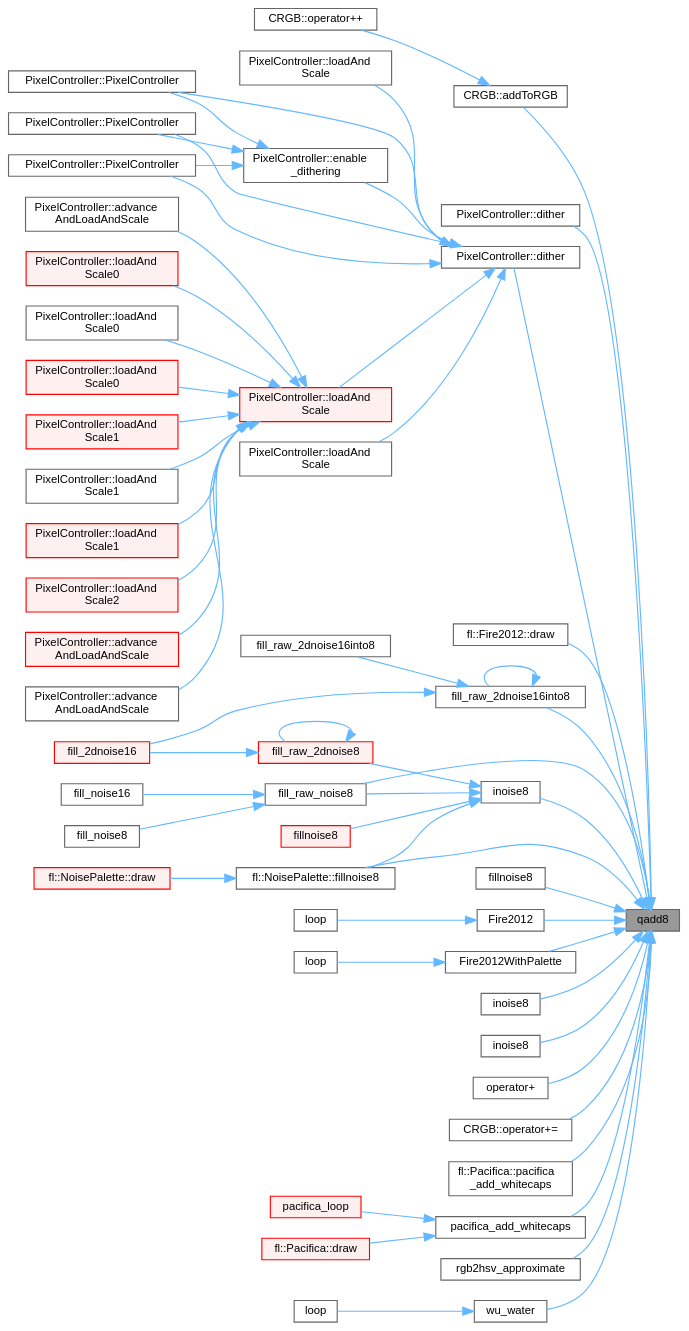
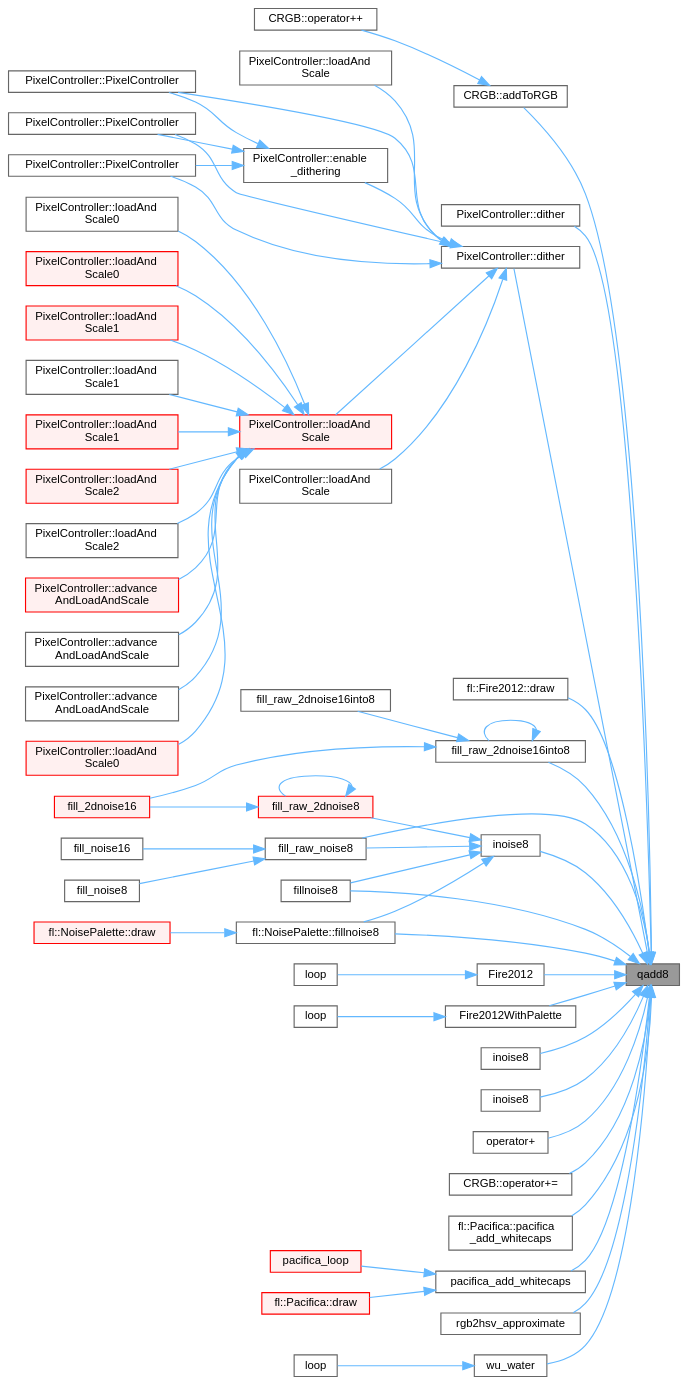
Before and after one commit to manmuqingshan/FastLED: the diagram in docs/d5/d98/group___math_ga07133b3085824d0fcd4f5086d286c4b5_icgraph.dot, drawn with Graphviz. The commit also changed 1439 other files, not shown here.

```diff
--- a/docs/d5/d98/group___math_ga07133b3085824d0fcd4f5086d286c4b5_icgraph.dot
+++ b/docs/d5/d98/group___math_ga07133b3085824d0fcd4f5086d286c4b5_icgraph.dot
@@ -47,69 +47,70 @@
   Node37 [id="Node000037",label="PixelController::loadAnd\lScale1",height=0.2,width=0.4,color="red", fillcolor="#FFF0F0", style="filled",URL="$d0/dee/struct_pixel_controller.html#a11f9b50f738c6d57d08d6776b3d8eb43",tooltip="non-template alias of loadAndScale<1>()"];
   Node10 -> Node38 [id="edge22_Node000010_Node000038",dir="back",color="steelblue1",style="solid",tooltip=" "];
   Node38 [id="Node000038",label="PixelController::loadAnd\lScale2",height=0.2,width=0.4,color="red", fillcolor="#FFF0F0", style="filled",URL="$d0/dee/struct_pixel_controller.html#af5a5f12205a4187aa4df499b8224ed35",tooltip="non-template alias of loadAndScale<2>()"];
-  Node5 -> Node41 [id="edge23_Node000005_Node000041",dir="back",color="steelblue1",style="solid",tooltip=" "];
+  Node10 -> Node39 [id="edge23_Node000010_Node000039",dir="back",color="steelblue1",style="solid",tooltip=" "];
+  Node39 [id="Node000039",label="PixelController::loadAnd\lScale2",height=0.2,width=0.4,color="grey40", fillcolor="white", style="filled",URL="$d0/dee/struct_pixel_controller.html#a4688b73eef22022b80df81e4f6c22b49",tooltip="non-template alias of loadAndScale<2>()"];
+  Node5 -> Node41 [id="edge24_Node000005_Node000041",dir="back",color="steelblue1",style="solid",tooltip=" "];
   Node41 [id="Node000041",label="PixelController::loadAnd\lScale",height=0.2,width=0.4,color="grey40", fillcolor="white", style="filled",URL="$d0/dee/struct_pixel_controller.html#a73553caa10abdb91e454a27456fc14e5",tooltip="Loads, dithers, and scales a single byte for a given output slot and lane, using class dither and sca..."];
-  Node5 -> Node42 [id="edge24_Node000005_Node000042",dir="back",color="steelblue1",style="solid",tooltip=" "];
+  Node5 -> Node42 [id="edge25_Node000005_Node000042",dir="back",color="steelblue1",style="solid",tooltip=" "];
   Node42 [id="Node000042",label="PixelController::loadAnd\lScale",height=0.2,width=0.4,color="grey40", fillcolor="white", style="filled",URL="$d0/dee/struct_pixel_controller.html#a7f2b0c051d473813018715f1621ea259",tooltip="Loads, dithers, and scales a single byte for a given output slot and lane."];
-  Node1 -> Node43 [id="edge25_Node000001_Node000043",dir="back",color="steelblue1",style="solid",tooltip=" "];
+  Node1 -> Node43 [id="edge26_Node000001_Node000043",dir="back",color="steelblue1",style="solid",tooltip=" "];
   Node43 [id="Node000043",label="fl::Fire2012::draw",height=0.2,width=0.4,color="grey40", fillcolor="white", style="filled",URL="$d5/d9b/classfl_1_1_fire2012.html#a39d20a6dc4f3a771b8b12696db9c4a15",tooltip=" "];
-  Node1 -> Node44 [id="edge26_Node000001_Node000044",dir="back",color="steelblue1",style="solid",tooltip=" "];
+  Node1 -> Node44 [id="edge27_Node000001_Node000044",dir="back",color="steelblue1",style="solid",tooltip=" "];
   Node44 [id="Node000044",label="fill_raw_2dnoise16into8",height=0.2,width=0.4,color="grey40", fillcolor="white", style="filled",URL="$de/da4/group___noise_fill.html#ga20a2ff725bc56666c206d54deb372586",tooltip="Fill a 2D 8-bit buffer with noise, using inoise16()"];
-  Node44 -> Node45 [id="edge27_Node000044_Node000045",dir="back",color="steelblue1",style="solid",tooltip=" "];
+  Node44 -> Node45 [id="edge28_Node000044_Node000045",dir="back",color="steelblue1",style="solid",tooltip=" "];
   Node45 [id="Node000045",label="fill_2dnoise16",height=0.2,width=0.4,color="red", fillcolor="#FFF0F0", style="filled",URL="$de/da4/group___noise_fill.html#ga714a0f305e385a60d81a40d1f98b53fc",tooltip="Fill an LED matrix with random colors, using 16-bit noise."];
-  Node44 -> Node44 [id="edge28_Node000044_Node000044",dir="back",color="steelblue1",style="solid",tooltip=" "];
-  Node44 -> Node47 [id="edge29_Node000044_Node000047",dir="back",color="steelblue1",style="solid",tooltip=" "];
+  Node44 -> Node44 [id="edge29_Node000044_Node000044",dir="back",color="steelblue1",style="solid",tooltip=" "];
+  Node44 -> Node47 [id="edge30_Node000044_Node000047",dir="back",color="steelblue1",style="solid",tooltip=" "];
   Node47 [id="Node000047",label="fill_raw_2dnoise16into8",height=0.2,width=0.4,color="grey40", fillcolor="white", style="filled",URL="$d6/de8/noise_8cpp.html#a46bde35765a7eddbd1049fe49429e94e",tooltip=" "];
-  Node1 -> Node48 [id="edge30_Node000001_Node000048",dir="back",color="steelblue1",style="solid",tooltip=" "];
+  Node1 -> Node48 [id="edge31_Node000001_Node000048",dir="back",color="steelblue1",style="solid",tooltip=" "];
   Node48 [id="Node000048",label="fill_raw_noise8",height=0.2,width=0.4,color="grey40", fillcolor="white", style="filled",URL="$de/da4/group___noise_fill.html#ga1e4dba9289b03333697e70d4b7f3b006",tooltip="Fill a 1D 8-bit buffer with noise, using inoise8()"];
-  Node48 -> Node49 [id="edge31_Node000048_Node000049",dir="back",color="steelblue1",style="solid",tooltip=" "];
+  Node48 -> Node49 [id="edge32_Node000048_Node000049",dir="back",color="steelblue1",style="solid",tooltip=" "];
   Node49 [id="Node000049",label="fill_noise16",height=0.2,width=0.4,color="grey40", fillcolor="white", style="filled",URL="$de/da4/group___noise_fill.html#ga8bf5ab0f87a6bb79204754ef2a62f960",tooltip="Fill an LED array with random colors, using 16-bit noise."];
-  Node48 -> Node50 [id="edge32_Node000048_Node000050",dir="back",color="steelblue1",style="solid",tooltip=" "];
+  Node48 -> Node50 [id="edge33_Node000048_Node000050",dir="back",color="steelblue1",style="solid",tooltip=" "];
   Node50 [id="Node000050",label="fill_noise8",height=0.2,width=0.4,color="grey40", fillcolor="white", style="filled",URL="$de/da4/group___noise_fill.html#ga7967fd7b1a7230a0f7428347c70dac3e",tooltip="Fill an LED array with random colors, using 8-bit noise."];
-  Node1 -> Node51 [id="edge33_Node000001_Node000051",dir="back",color="steelblue1",style="solid",tooltip=" "];
+  Node1 -> Node51 [id="edge34_Node000001_Node000051",dir="back",color="steelblue1",style="solid",tooltip=" "];
   Node51 [id="Node000051",label="fillnoise8",height=0.2,width=0.4,color="grey40", fillcolor="white", style="filled",URL="$da/dda/_noise_plus_palette_8ino.html#a695b396822bbfb2d9b29c121cf13e8f3",tooltip=" "];
-  Node1 -> Node52 [id="edge34_Node000001_Node000052",dir="back",color="steelblue1",style="solid",tooltip=" "];
+  Node1 -> Node52 [id="edge35_Node000001_Node000052",dir="back",color="steelblue1",style="solid",tooltip=" "];
   Node52 [id="Node000052",label="fl::NoisePalette::fillnoise8",height=0.2,width=0.4,color="grey40", fillcolor="white", style="filled",URL="$d9/d41/classfl_1_1_noise_palette.html#a22d1820b5a78e9ccfb4123ef9161f738",tooltip=" "];
-  Node52 -> Node53 [id="edge35_Node000052_Node000053",dir="back",color="steelblue1",style="solid",tooltip=" "];
+  Node52 -> Node53 [id="edge36_Node000052_Node000053",dir="back",color="steelblue1",style="solid",tooltip=" "];
   Node53 [id="Node000053",label="fl::NoisePalette::draw",height=0.2,width=0.4,color="red", fillcolor="#FFF0F0", style="filled",URL="$d9/d41/classfl_1_1_noise_palette.html#afc6cd594830dfdd146c45e7ab1d1905d",tooltip=" "];
-  Node1 -> Node55 [id="edge36_Node000001_Node000055",dir="back",color="steelblue1",style="solid",tooltip=" "];
+  Node1 -> Node55 [id="edge37_Node000001_Node000055",dir="back",color="steelblue1",style="solid",tooltip=" "];
   Node55 [id="Node000055",label="Fire2012",height=0.2,width=0.4,color="grey40", fillcolor="white", style="filled",URL="$d4/d26/_fire2012_8ino.html#a381ceb87530dc5fee1be3e77d33b3a53",tooltip=" "];
-  Node55 -> Node56 [id="edge37_Node000055_Node000056",dir="back",color="steelblue1",style="solid",tooltip=" "];
+  Node55 -> Node56 [id="edge38_Node000055_Node000056",dir="back",color="steelblue1",style="solid",tooltip=" "];
   Node56 [id="Node000056",label="loop",height=0.2,width=0.4,color="grey40", fillcolor="white", style="filled",URL="$d4/d26/_fire2012_8ino.html#afe461d27b9c48d5921c00d521181f12f",tooltip=" "];
-  Node1 -> Node57 [id="edge38_Node000001_Node000057",dir="back",color="steelblue1",style="solid",tooltip=" "];
+  Node1 -> Node57 [id="edge39_Node000001_Node000057",dir="back",color="steelblue1",style="solid",tooltip=" "];
   Node57 [id="Node000057",label="Fire2012WithPalette",height=0.2,width=0.4,color="grey40", fillcolor="white", style="filled",URL="$db/d92/_fire2012_with_palette_8ino.html#af5890ba18cb2066c5a24a358de991a89",tooltip=" "];
-  Node57 -> Node58 [id="edge39_Node000057_Node000058",dir="back",color="steelblue1",style="solid",tooltip=" "];
+  Node57 -> Node58 [id="edge40_Node000057_Node000058",dir="back",color="steelblue1",style="solid",tooltip=" "];
   Node58 [id="Node000058",label="loop",height=0.2,width=0.4,color="grey40", fillcolor="white", style="filled",URL="$db/d92/_fire2012_with_palette_8ino.html#afe461d27b9c48d5921c00d521181f12f",tooltip=" "];
-  Node1 -> Node59 [id="edge40_Node000001_Node000059",dir="back",color="steelblue1",style="solid",tooltip=" "];
+  Node1 -> Node59 [id="edge41_Node000001_Node000059",dir="back",color="steelblue1",style="solid",tooltip=" "];
   Node59 [id="Node000059",label="inoise8",height=0.2,width=0.4,color="grey40", fillcolor="white", style="filled",URL="$d8/df9/group___noise_generation.html#gab9d952a5258caa93c05ebdde0140cf0e",tooltip="8-Bit, fixed point implementation of Perlin's noise."];
-  Node1 -> Node60 [id="edge41_Node000001_Node000060",dir="back",color="steelblue1",style="solid",tooltip=" "];
+  Node1 -> Node60 [id="edge42_Node000001_Node000060",dir="back",color="steelblue1",style="solid",tooltip=" "];
   Node60 [id="Node000060",label="inoise8",height=0.2,width=0.4,color="grey40", fillcolor="white", style="filled",URL="$d8/df9/group___noise_generation.html#ga9641aa87f0a5557f73004fb73f81bba5",tooltip="8-Bit, fixed point implementation of Perlin's noise."];
-  Node1 -> Node61 [id="edge42_Node000001_Node000061",dir="back",color="steelblue1",style="solid",tooltip=" "];
+  Node1 -> Node61 [id="edge43_Node000001_Node000061",dir="back",color="steelblue1",style="solid",tooltip=" "];
   Node61 [id="Node000061",label="inoise8",height=0.2,width=0.4,color="grey40", fillcolor="white", style="filled",URL="$d8/df9/group___noise_generation.html#gaa521ccca6038d7b5e881fe2e8f35d3bc",tooltip="8-Bit, fixed point implementation of Perlin's noise."];
-  Node61 -> Node62 [id="edge43_Node000061_Node000062",dir="back",color="steelblue1",style="solid",tooltip=" "];
+  Node61 -> Node62 [id="edge44_Node000061_Node000062",dir="back",color="steelblue1",style="solid",tooltip=" "];
   Node62 [id="Node000062",label="fill_raw_2dnoise8",height=0.2,width=0.4,color="red", fillcolor="#FFF0F0", style="filled",URL="$de/da4/group___noise_fill.html#ga3dc6c55a3f8495a7bc6dc0124434c688",tooltip="Fill a 2D 8-bit buffer with noise, using inoise8()"];
-  Node62 -> Node45 [id="edge44_Node000062_Node000045",dir="back",color="steelblue1",style="solid",tooltip=" "];
-  Node62 -> Node62 [id="edge45_Node000062_Node000062",dir="back",color="steelblue1",style="solid",tooltip=" "];
-  Node61 -> Node48 [id="edge46_Node000061_Node000048",dir="back",color="steelblue1",style="solid",tooltip=" "];
-  Node61 -> Node65 [id="edge47_Node000061_Node000065",dir="back",color="steelblue1",style="solid",tooltip=" "];
-  Node65 [id="Node000065",label="fillnoise8",height=0.2,width=0.4,color="red", fillcolor="#FFF0F0", style="filled",URL="$d6/d9d/_noise_8ino.html#a695b396822bbfb2d9b29c121cf13e8f3",tooltip=" "];
-  Node61 -> Node52 [id="edge48_Node000061_Node000052",dir="back",color="steelblue1",style="solid",tooltip=" "];
-  Node1 -> Node67 [id="edge49_Node000001_Node000067",dir="back",color="steelblue1",style="solid",tooltip=" "];
-  Node67 [id="Node000067",label="operator+",height=0.2,width=0.4,color="grey40", fillcolor="white", style="filled",URL="$db/d87/group___pixel_types.html#gaf5b229fba59cb1f39f861960bf8f09ee",tooltip="Add one CRGB to another, saturating at 0xFF for each channel."];
-  Node1 -> Node68 [id="edge50_Node000001_Node000068",dir="back",color="steelblue1",style="solid",tooltip=" "];
-  Node68 [id="Node000068",label="CRGB::operator+=",height=0.2,width=0.4,color="grey40", fillcolor="white", style="filled",URL="$db/d87/group___pixel_types.html#a8e3f16f7099319a7770cf333cc9d1111",tooltip="Add one CRGB to another, saturating at 0xFF for each channel."];
-  Node1 -> Node69 [id="edge51_Node000001_Node000069",dir="back",color="steelblue1",style="solid",tooltip=" "];
-  Node69 [id="Node000069",label="fl::Pacifica::pacifica\l_add_whitecaps",height=0.2,width=0.4,color="grey40", fillcolor="white", style="filled",URL="$d2/db2/classfl_1_1_pacifica.html#abbe1bbf6675103bb2857b13cad156aa4",tooltip=" "];
-  Node1 -> Node70 [id="edge52_Node000001_Node000070",dir="back",color="steelblue1",style="solid",tooltip=" "];
-  Node70 [id="Node000070",label="pacifica_add_whitecaps",height=0.2,width=0.4,color="grey40", fillcolor="white", style="filled",URL="$dc/d25/_pacifica_8ino.html#a638fb6ae6610fed66077161e7e044f26",tooltip=" "];
-  Node70 -> Node71 [id="edge53_Node000070_Node000071",dir="back",color="steelblue1",style="solid",tooltip=" "];
-  Node71 [id="Node000071",label="fl::Pacifica::draw",height=0.2,width=0.4,color="red", fillcolor="#FFF0F0", style="filled",URL="$d2/db2/classfl_1_1_pacifica.html#a264d0c1db5db60028b6fab87af13d700",tooltip=" "];
-  Node70 -> Node73 [id="edge54_Node000070_Node000073",dir="back",color="steelblue1",style="solid",tooltip=" "];
-  Node73 [id="Node000073",label="pacifica_loop",height=0.2,width=0.4,color="red", fillcolor="#FFF0F0", style="filled",URL="$dc/d25/_pacifica_8ino.html#a158d427a947ef0a715c7ffd916346acc",tooltip=" "];
-  Node1 -> Node75 [id="edge55_Node000001_Node000075",dir="back",color="steelblue1",style="solid",tooltip=" "];
-  Node75 [id="Node000075",label="rgb2hsv_approximate",height=0.2,width=0.4,color="grey40", fillcolor="white", style="filled",URL="$dd/dc7/group___h_s_v2_r_g_b.html#gab3d6aa6b1a86a5e9bb820c55c68fe4b9",tooltip="Recover approximate HSV values from RGB."];
-  Node1 -> Node76 [id="edge56_Node000001_Node000076",dir="back",color="steelblue1",style="solid",tooltip=" "];
-  Node76 [id="Node000076",label="wu_water",height=0.2,width=0.4,color="grey40", fillcolor="white", style="filled",URL="$dd/d61/_fx_water_8ino.html#a99b8e3f2d300619826b169bc482a2a98",tooltip=" "];
-  Node76 -> Node77 [id="edge57_Node000076_Node000077",dir="back",color="steelblue1",style="solid",tooltip=" "];
-  Node77 [id="Node000077",label="loop",height=0.2,width=0.4,color="grey40", fillcolor="white", style="filled",URL="$dd/d61/_fx_water_8ino.html#afe461d27b9c48d5921c00d521181f12f",tooltip=" "];
+  Node62 -> Node45 [id="edge45_Node000062_Node000045",dir="back",color="steelblue1",style="solid",tooltip=" "];
+  Node62 -> Node62 [id="edge46_Node000062_Node000062",dir="back",color="steelblue1",style="solid",tooltip=" "];
+  Node61 -> Node48 [id="edge47_Node000061_Node000048",dir="back",color="steelblue1",style="solid",tooltip=" "];
+  Node61 -> Node51 [id="edge48_Node000061_Node000051",dir="back",color="steelblue1",style="solid",tooltip=" "];
+  Node61 -> Node52 [id="edge49_Node000061_Node000052",dir="back",color="steelblue1",style="solid",tooltip=" "];
+  Node1 -> Node65 [id="edge50_Node000001_Node000065",dir="back",color="steelblue1",style="solid",tooltip=" "];
+  Node65 [id="Node000065",label="operator+",height=0.2,width=0.4,color="grey40", fillcolor="white", style="filled",URL="$db/d87/group___pixel_types.html#gaf5b229fba59cb1f39f861960bf8f09ee",tooltip="Add one CRGB to another, saturating at 0xFF for each channel."];
+  Node1 -> Node66 [id="edge51_Node000001_Node000066",dir="back",color="steelblue1",style="solid",tooltip=" "];
+  Node66 [id="Node000066",label="CRGB::operator+=",height=0.2,width=0.4,color="grey40", fillcolor="white", style="filled",URL="$db/d87/group___pixel_types.html#a8e3f16f7099319a7770cf333cc9d1111",tooltip="Add one CRGB to another, saturating at 0xFF for each channel."];
+  Node1 -> Node67 [id="edge52_Node000001_Node000067",dir="back",color="steelblue1",style="solid",tooltip=" "];
+  Node67 [id="Node000067",label="fl::Pacifica::pacifica\l_add_whitecaps",height=0.2,width=0.4,color="grey40", fillcolor="white", style="filled",URL="$d2/db2/classfl_1_1_pacifica.html#abbe1bbf6675103bb2857b13cad156aa4",tooltip=" "];
+  Node1 -> Node68 [id="edge53_Node000001_Node000068",dir="back",color="steelblue1",style="solid",tooltip=" "];
+  Node68 [id="Node000068",label="pacifica_add_whitecaps",height=0.2,width=0.4,color="grey40", fillcolor="white", style="filled",URL="$dc/d25/_pacifica_8ino.html#a638fb6ae6610fed66077161e7e044f26",tooltip=" "];
+  Node68 -> Node69 [id="edge54_Node000068_Node000069",dir="back",color="steelblue1",style="solid",tooltip=" "];
+  Node69 [id="Node000069",label="fl::Pacifica::draw",height=0.2,width=0.4,color="red", fillcolor="#FFF0F0", style="filled",URL="$d2/db2/classfl_1_1_pacifica.html#a264d0c1db5db60028b6fab87af13d700",tooltip=" "];
+  Node68 -> Node71 [id="edge55_Node000068_Node000071",dir="back",color="steelblue1",style="solid",tooltip=" "];
+  Node71 [id="Node000071",label="pacifica_loop",height=0.2,width=0.4,color="red", fillcolor="#FFF0F0", style="filled",URL="$dc/d25/_pacifica_8ino.html#a158d427a947ef0a715c7ffd916346acc",tooltip=" "];
+  Node1 -> Node73 [id="edge56_Node000001_Node000073",dir="back",color="steelblue1",style="solid",tooltip=" "];
+  Node73 [id="Node000073",label="rgb2hsv_approximate",height=0.2,width=0.4,color="grey40", fillcolor="white", style="filled",URL="$dd/dc7/group___h_s_v2_r_g_b.html#gab3d6aa6b1a86a5e9bb820c55c68fe4b9",tooltip="Recover approximate HSV values from RGB."];
+  Node1 -> Node74 [id="edge57_Node000001_Node000074",dir="back",color="steelblue1",style="solid",tooltip=" "];
+  Node74 [id="Node000074",label="wu_water",height=0.2,width=0.4,color="grey40", fillcolor="white", style="filled",URL="$dd/d61/_fx_water_8ino.html#a99b8e3f2d300619826b169bc482a2a98",tooltip=" "];
+  Node74 -> Node75 [id="edge58_Node000074_Node000075",dir="back",color="steelblue1",style="solid",tooltip=" "];
+  Node75 [id="Node000075",label="loop",height=0.2,width=0.4,color="grey40", fillcolor="white", style="filled",URL="$dd/d61/_fx_water_8ino.html#afe461d27b9c48d5921c00d521181f12f",tooltip=" "];
 }
```
